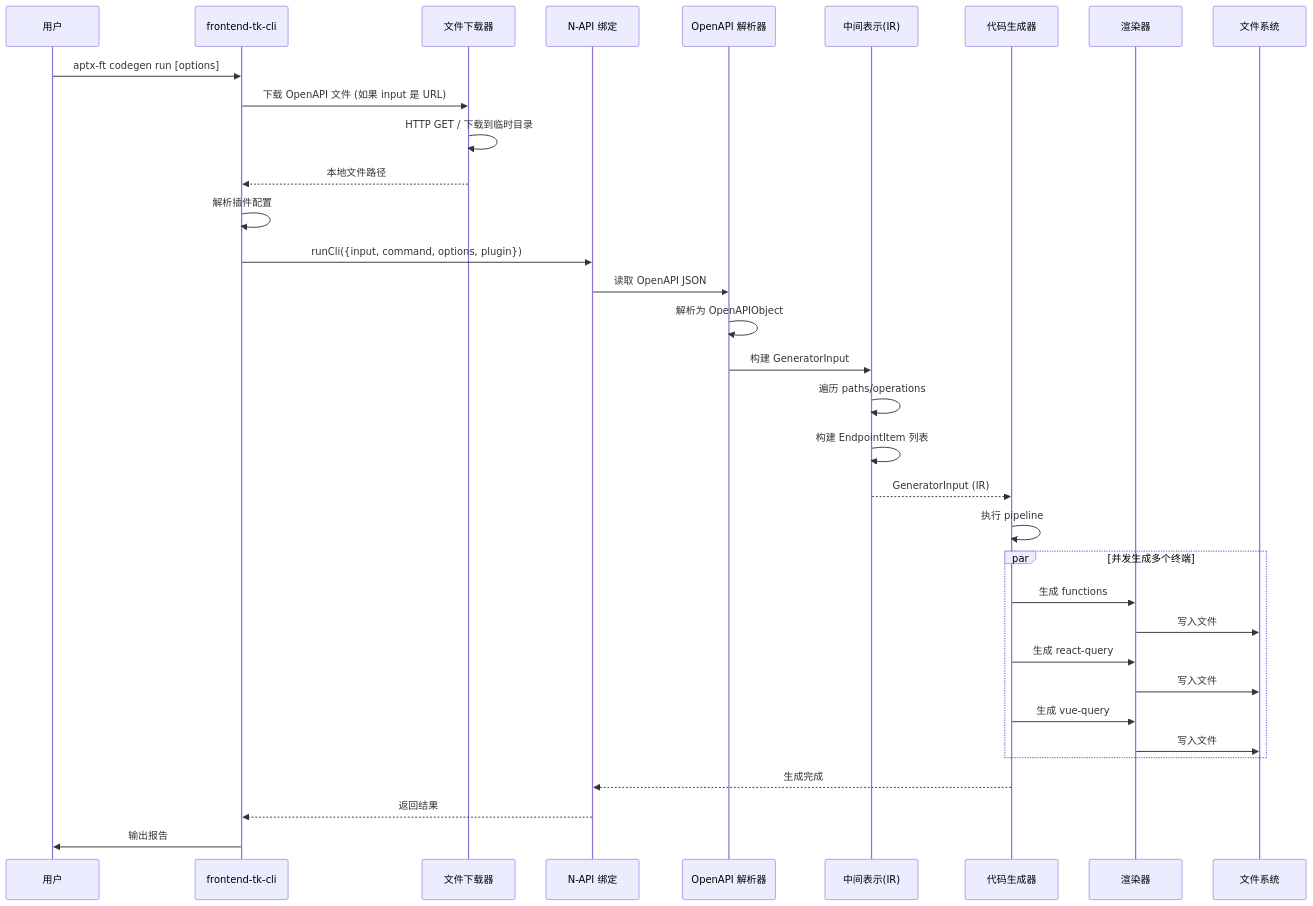
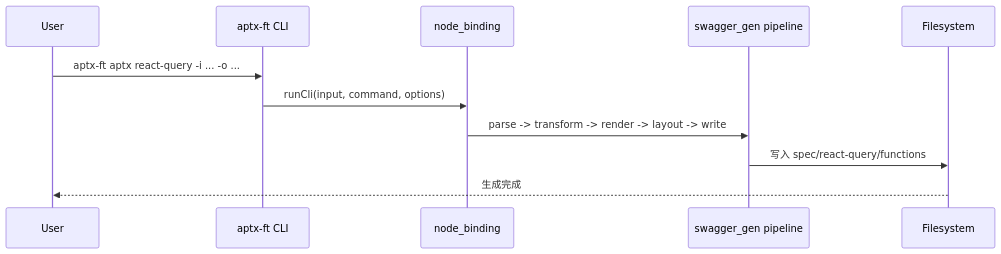
One commit to HaibaraAiAPTX/frontend_tk_rs changed the second of 2 diagrams in docs/ARCHITECTURE.md. Above: the diagram before and after it, drawn with Mermaid. The commit also changed other lines of this file and 1 other file, not shown here.

````diff
--- a/docs/ARCHITECTURE.md
+++ b/docs/ARCHITECTURE.md
@@ -302,39 +123,14 @@
 ```mermaid
 sequenceDiagram
-    participant User as 用户
-    participant CLI as frontend-tk-cli
-    participant Downloader as 文件下载器
-    participant NAPI as N-API 绑定
-    participant Parser as OpenAPI 解析器
-    participant IR as 中间表示(IR)
-    participant Gen as 代码生成器
-    participant Render as 渲染器
-    participant Output as 文件系统
+    participant U as User
+    participant C as aptx-ft CLI
+    participant N as node_binding
+    participant P as swagger_gen pipeline
+    participant F as Filesystem
 
-    User->>CLI: aptx-ft codegen run [options]
-    CLI->>Downloader: 下载 OpenAPI 文件 (如果 input 是 URL)
-    Downloader->>Downloader: HTTP GET / 下载到临时目录
-    Downloader-->>CLI: 本地文件路径
-    CLI->>CLI: 解析插件配置
-    CLI->>NAPI: runCli({input, command, options, plugin})
-    NAPI->>Parser: 读取 OpenAPI JSON
-    Parser->>Parser: 解析为 OpenAPIObject
-    Parser->>IR: 构建 GeneratorInput
-    IR->>IR: 遍历 paths/operations
-    IR->>IR: 构建 EndpointItem 列表
-    IR-->>Gen: GeneratorInput (IR)
-    Gen->>Gen: 执行 pipeline
-
-    par 并发生成多个终端
-        Gen->>Render: 生成 functions
-        Render->>Output: 写入文件
-        Gen->>Render: 生成 react-query
-        Render->>Output: 写入文件
-        Gen->>Render: 生成 vue-query
-        Render->>Output: 写入文件
-    end
-
-    Gen-->>NAPI: 生成完成
-    NAPI-->>CLI: 返回结果
-    CLI->>User: 输出报告
+    U->>C: aptx-ft aptx react-query -i ... -o ...
+    C->>N: runCli(input, command, options)
+    N->>P: parse -> transform -> render -> layout -> write
+    P->>F: 写入 spec/react-query/functions
+    F-->>U: 生成完成
 ```
````
